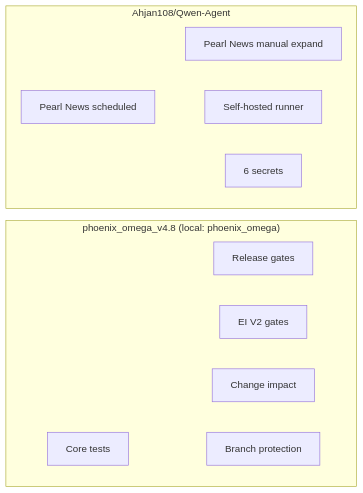
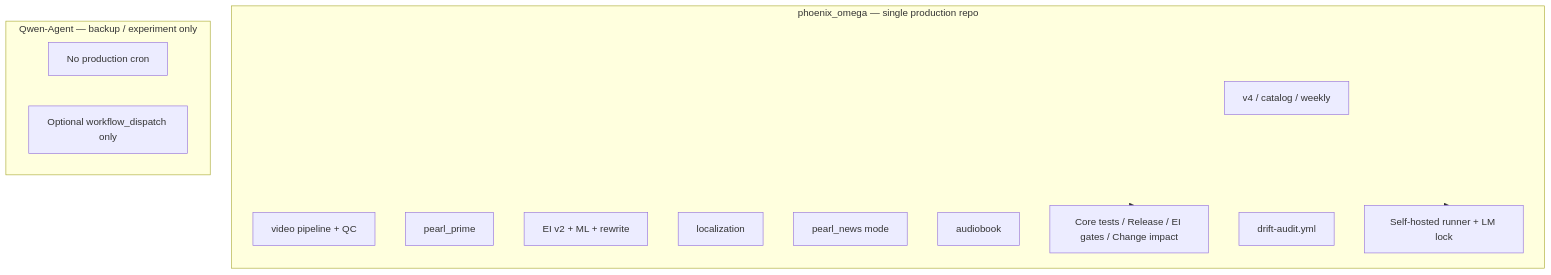
One commit to Ahjan108/phoenix_omega_v4.8 changed the diagram in docs/GITHUB_OPERATIONS_FRAMEWORK.md. Above: the diagram before and after it, drawn with Mermaid. The commit also changed other lines of this file and 5 other files, not shown here.

First line of the commit message:
fix(consolidation): update runner paths, docs alignment, remove legacy Qwen-Agent references

````diff
--- a/docs/GITHUB_OPERATIONS_FRAMEWORK.md
+++ b/docs/GITHUB_OPERATIONS_FRAMEWORK.md
@@ -22,18 +22,21 @@
 ```mermaid
-flowchart LR
-  subgraph Phoenix ["phoenix_omega_v4.8 (local: phoenix_omega)"]
-    W1[Core tests]
-    W2[Release gates]
-    W3[EI V2 gates]
-    W4[Change impact]
-    BP[Branch protection]
+flowchart TB
+  subgraph prod [phoenix_omega — single production repo]
+    V4[v4 / catalog / weekly]
+    Video[video pipeline + QC]
+    PP[pearl_prime]
+    EI[EI v2 + ML + rewrite]
+    Loc[localization]
+    PN[pearl_news mode]
+    AB[audiobook]
+    Core[Core tests / Release / EI gates / Change impact]
+    Drift[drift-audit.yml]
+    Runner[Self-hosted runner + LM lock]
   end
-  subgraph Qwen ["Ahjan108/Qwen-Agent"]
-    PN1[Pearl News scheduled]
-    PN2[Pearl News manual expand]
-    Runner[Self-hosted runner]
-    Secrets[6 secrets]
+  subgraph backup [Qwen-Agent — backup / experiment only]
+    NoCron[No production cron]
+    Manual[Optional workflow_dispatch only]
   end
-  Phoenix --> BP
-  Qwen --> Runner
+  prod --> Core
+  prod --> Runner
 ```
````
